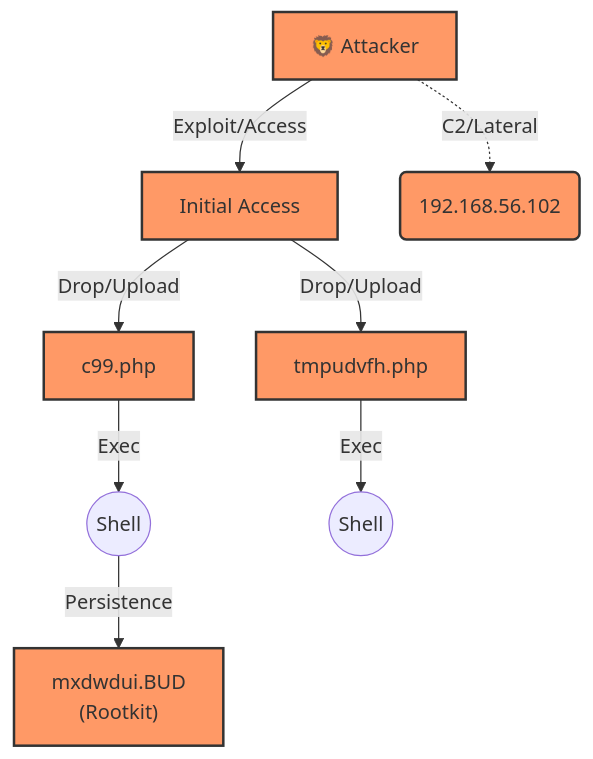
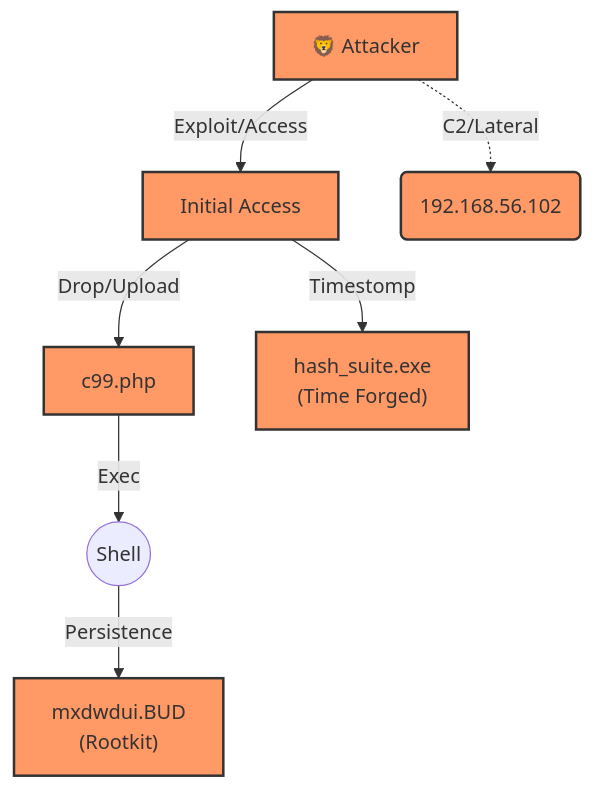
One commit to schutzz/SkiaHelios changed the second of 2 diagrams in README.md. Above: the diagram before and after it, drawn with Mermaid. The commit also changed other lines of this file and 9 other files, not shown here.

````diff
--- a/README.md
+++ b/README.md
@@ -230,19 +202,18 @@
 ```mermaid
 graph TD
-    %% [Visual Style v2.5 - Omni-Visual]
+    %% [Visual Style v4.1 - Attack Flow]
     Attacker[🦁 Attacker] -->|Exploit/Access| Initial[Initial Access]
     
     Initial -->|Drop/Upload| WS_1["c99.php"]
     WS_1 -->|Exec| Cmd_1((Shell))
     
-    Initial -->|Drop/Upload| WS_2["tmpudvfh.php"]
-    WS_2 -->|Exec| Cmd_2((Shell))
+    Initial -->|Timestomp| TS_1["hash_suite.exe<br/>(Time Forged)"]
     
     Cmd_1 -->|Persistence| RK_1["mxdwdui.BUD <br/>(Rootkit)"]
     
     Attacker -.->|C2/Lateral| IP_1("192.168.56.102")
 
     %% Styles
     classDef threat fill:#f96,stroke:#333,stroke-width:2px;
-    class Attacker,Initial,WS_1,WS_2,RK_1,IP_1 threat;
+    class Attacker,Initial,WS_1,TS_1,RK_1,IP_1 threat;
 ```
````
